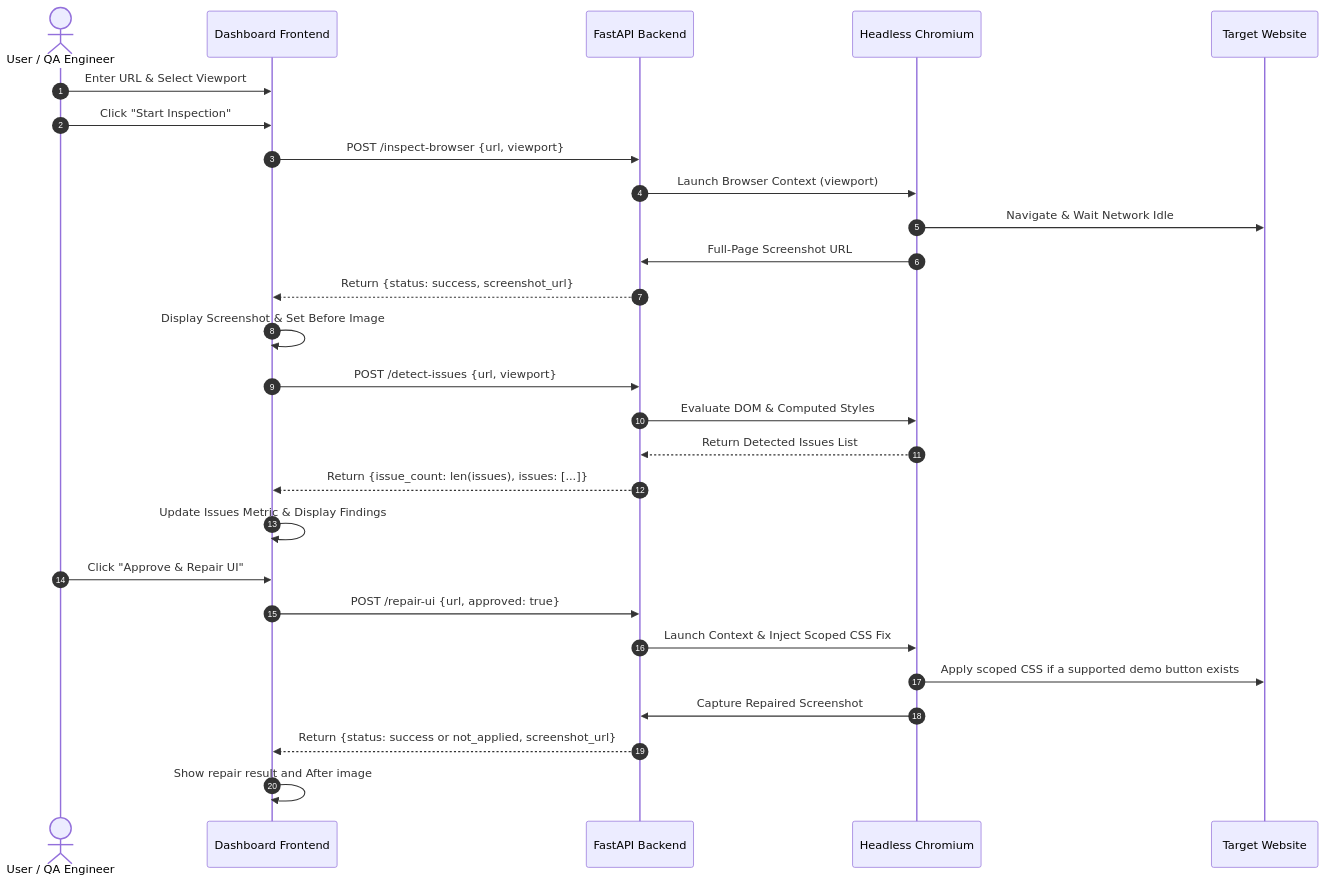
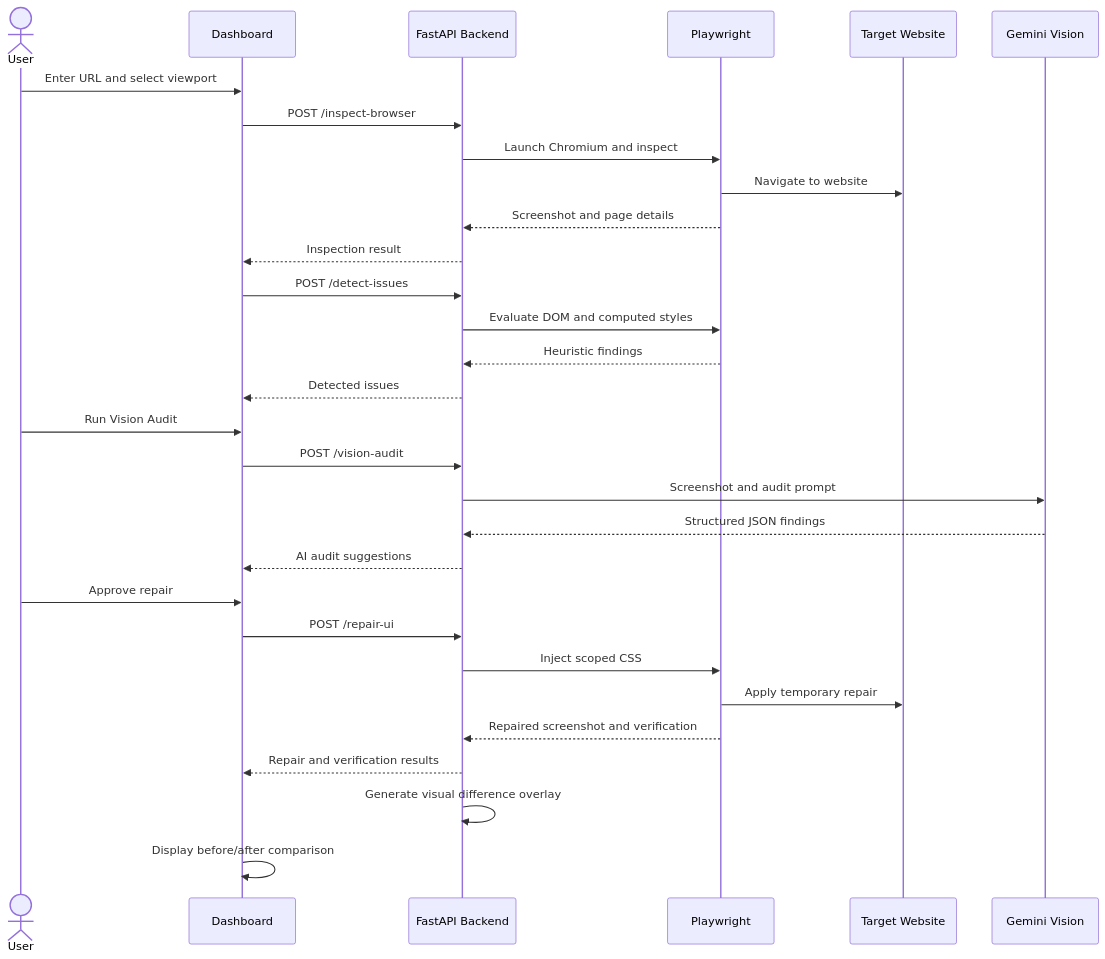
Before and after one commit to Sheefa04/OmniSight: the diagram in docs/FINAL_PROJECT_REPORT.md, drawn with Mermaid. The commit also changed other lines of this file, not shown here.

````diff
--- a/docs/FINAL_PROJECT_REPORT.md
+++ b/docs/FINAL_PROJECT_REPORT.md
@@ -110,32 +129,37 @@
 ```mermaid
 sequenceDiagram
-    autonumber
-    actor User as User / QA Engineer
-    participant Dash as Dashboard Frontend
+    actor User
+    participant Dash as Dashboard
     participant API as FastAPI Backend
-    participant Playwright as Headless Chromium
+    participant PW as Playwright
     participant Target as Target Website
+    participant Gemini as Gemini Vision
 
-    User->>Dash: Enter URL & Select Viewport
-    User->>Dash: Click "Start Inspection"
-    Dash->>API: POST /inspect-browser {url, viewport}
-    API->>Playwright: Launch Browser Context (viewport)
-    Playwright->>Target: Navigate & Wait Network Idle
-    Playwright->>API: Full-Page Screenshot URL
-    API-->>Dash: Return {status: success, screenshot_url}
-    Dash->>Dash: Display Screenshot & Set Before Image
+    User->>Dash: Enter URL and select viewport
+    Dash->>API: POST /inspect-browser
+    API->>PW: Launch Chromium and inspect
+    PW->>Target: Navigate to website
+    PW-->>API: Screenshot and page details
+    API-->>Dash: Inspection result
 
-    Dash->>API: POST /detect-issues {url, viewport}
-    API->>Playwright: Evaluate DOM & Computed Styles
-    Playwright-->>API: Return Detected Issues List
-    API-->>Dash: Return {issue_count: len(issues), issues: [...]}
-    Dash->>Dash: Update Issues Metric & Display Findings
+    Dash->>API: POST /detect-issues
+    API->>PW: Evaluate DOM and computed styles
+    PW-->>API: Heuristic findings
+    API-->>Dash: Detected issues
 
-    User->>Dash: Click "Approve & Repair UI"
-    Dash->>API: POST /repair-ui {url, approved: true}
-    API->>Playwright: Launch Context & Inject Scoped CSS Fix
-    Playwright->>Target: Apply scoped CSS if a supported demo button exists
-    Playwright->>API: Capture Repaired Screenshot
-    API-->>Dash: Return {status: success or not_applied, screenshot_url}
-    Dash->>Dash: Show repair result and After image
+    User->>Dash: Run Vision Audit
+    Dash->>API: POST /vision-audit
+    API->>Gemini: Screenshot and audit prompt
+    Gemini-->>API: Structured JSON findings
+    API-->>Dash: AI audit suggestions
+
+    User->>Dash: Approve repair
+    Dash->>API: POST /repair-ui
+    API->>PW: Inject scoped CSS
+    PW->>Target: Apply temporary repair
+    PW-->>API: Repaired screenshot and verification
+    API-->>Dash: Repair and verification results
+
+    API->>API: Generate visual difference overlay
+    Dash->>Dash: Display before/after comparison
 ```
````
